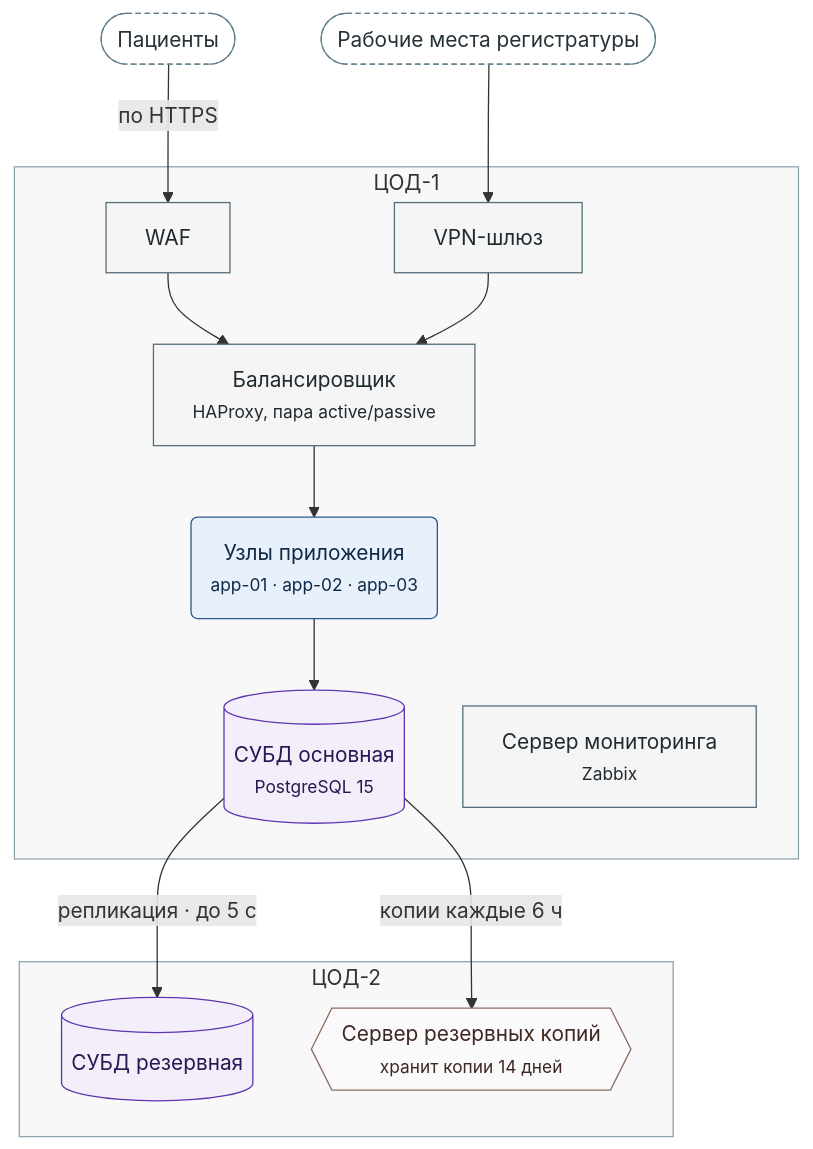
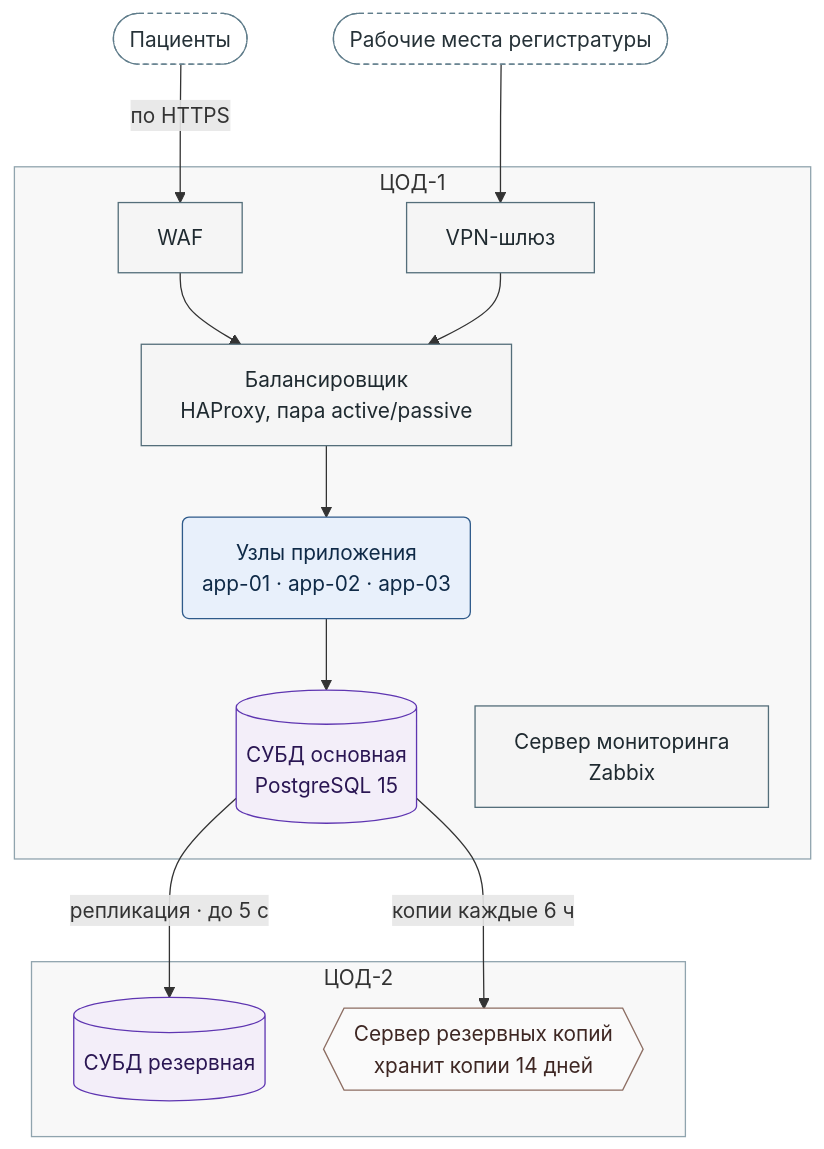
The diagram in .agent/skills/mermaid-authoring-guidelines/evals/fixtures/c6-clinic-deployment/pass.md (MatrixFounder/Agentic-development), drawn with Mermaid before and after one commit. The commit also changed 41 other files, not shown here.

````diff
--- a/.agent/skills/mermaid-authoring-guidelines/evals/fixtures/c6-clinic-deployment/pass.md
+++ b/.agent/skills/mermaid-authoring-guidelines/evals/fixtures/c6-clinic-deployment/pass.md
@@ -3,40 +3,40 @@
 ```mermaid
-%%{init: {"layout": "dagre", "look": "classic", "flowchart": {"nodeSpacing": 45, "rankSpacing": 55, "wrappingWidth": 400}}}%%
+%%{init: {"layout": "dagre", "look": "classic", "flowchart": {"nodeSpacing": 45, "rankSpacing": 55, "wrappingWidth": 400}, "themeCSS": "foreignObject { overflow: visible; }"}}%%
 flowchart TB
     accTitle: Развёртывание МедЗаписи
     accDescr: Узлы основного ЦОД-1 и резервного ЦОД-2, запросы и потоки данных между ними.
     PAT(["Пациенты"])
     REG(["Рабочие места регистратуры"])
     subgraph DC1["ЦОД-1"]
         WAF["WAF"]
         VPN["VPN-шлюз"]
-        LB["Балансировщик<br/><small>HAProxy, пара active/passive</small>"]
-        APP("Узлы приложения<br/><small>app-01 · app-02 · app-03</small>")
-        DB1[("СУБД основная<br/><small>PostgreSQL 15</small>")]
-        MON["Сервер мониторинга<br/><small>Zabbix</small>"]
+        LB["Балансировщик<br/>HAProxy, пара active/passive"]
+        APP("Узлы приложения<br/>app-01 · app-02 · app-03")
+        DB1[("СУБД основная<br/>PostgreSQL 15")]
+        MON["Сервер мониторинга<br/>Zabbix"]
     end
     subgraph DC2["ЦОД-2"]
         DB2[("СУБД резервная")]
-        BAK{{"Сервер резервных копий<br/><small>хранит копии 14 дней</small>"}}
+        BAK{{"Сервер резервных копий<br/>хранит копии 14 дней"}}
     end
     PAT -->|"по HTTPS"| WAF
     REG --> VPN
     WAF --> LB
     VPN --> LB
     LB --> APP
     APP --> DB1
     DB1 -->|"репликация · до 5 с"| DB2
     DB1 -->|"копии каждые 6 ч"| BAK
     class PAT,REG ext
     class WAF,VPN,LB,MON svc
     class APP wf
     class DB1,DB2 db
     class BAK infra
     style DC1 fill:#7F7F7F0D,stroke:#90A4AE
     style DC2 fill:#7F7F7F0D,stroke:#90A4AE
     classDef ext fill:#FFFFFF,stroke:#607D8B,color:#263238,stroke-dasharray:4 3
     classDef wf fill:#E8F0FB,stroke:#2E5A8A,color:#0F2A47
     classDef db fill:#F3EEF9,stroke:#5E35B1,color:#2A1653
     classDef svc fill:#F5F5F5,stroke:#546E7A,color:#1F2A30
     classDef infra fill:#FAFAFA,stroke:#8D6E63,color:#3E2723
 ```
````
